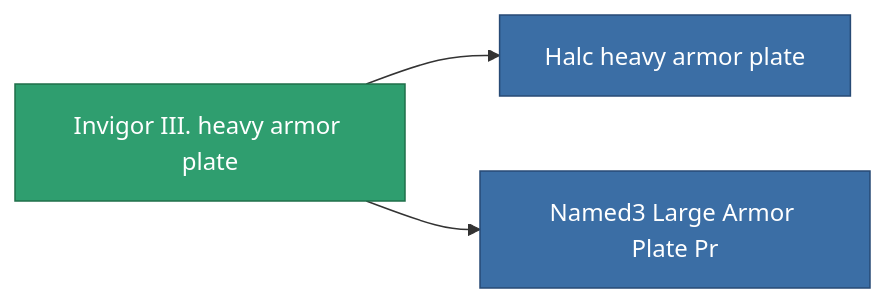
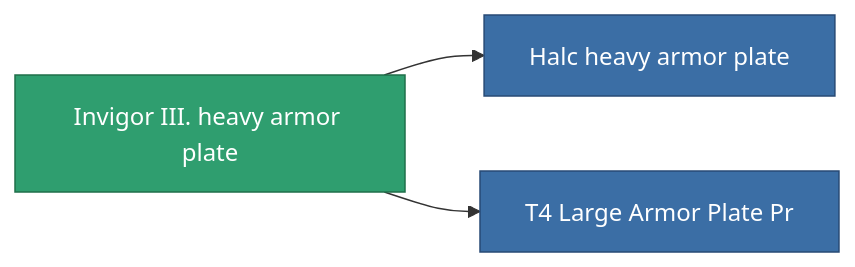
One commit to OpenPerpetuum/Wiki changed the diagram in content/content/items/named2_large_armor_plate.md. Above: the diagram before and after it, drawn with Mermaid. The commit also changed other lines of this file and 4904 other files, not shown here.

````diff
--- a/content/content/items/named2_large_armor_plate.md
+++ b/content/content/items/named2_large_armor_plate.md
@@ -67,13 +49,13 @@
 ```mermaid
 graph LR
     a["Invigor III. heavy armor plate"]:::current
     b["Halc heavy armor plate"]:::prod
     a --> b
     click b "/content/items/named3-large-armor-plate/" "Halc heavy armor plate"
-    c["Named3 Large Armor Plate Pr"]:::prod
+    c["T4 Large Armor Plate Pr"]:::prod
     a --> c
-    click c "/content/items/named3-large-armor-plate-pr/" "Named3 Large Armor Plate Pr"
+    click c "/content/items/named3-large-armor-plate-pr/" "T4 Large Armor Plate Pr"
     classDef current fill:#2f9e6f,stroke:#1f6f4a,color:#ffffff
     classDef prod fill:#3b6ea5,stroke:#274a75,color:#ffffff
     classDef more fill:#39445a,stroke:#54658a,color:#d5dbe8
 ```
````
